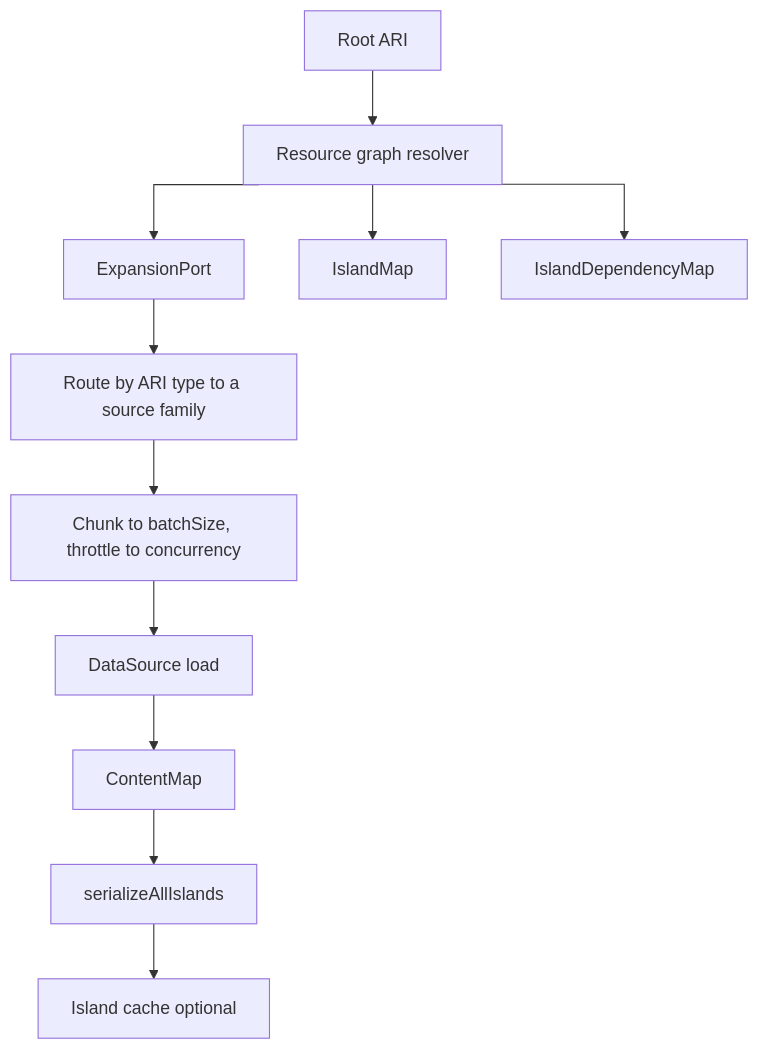
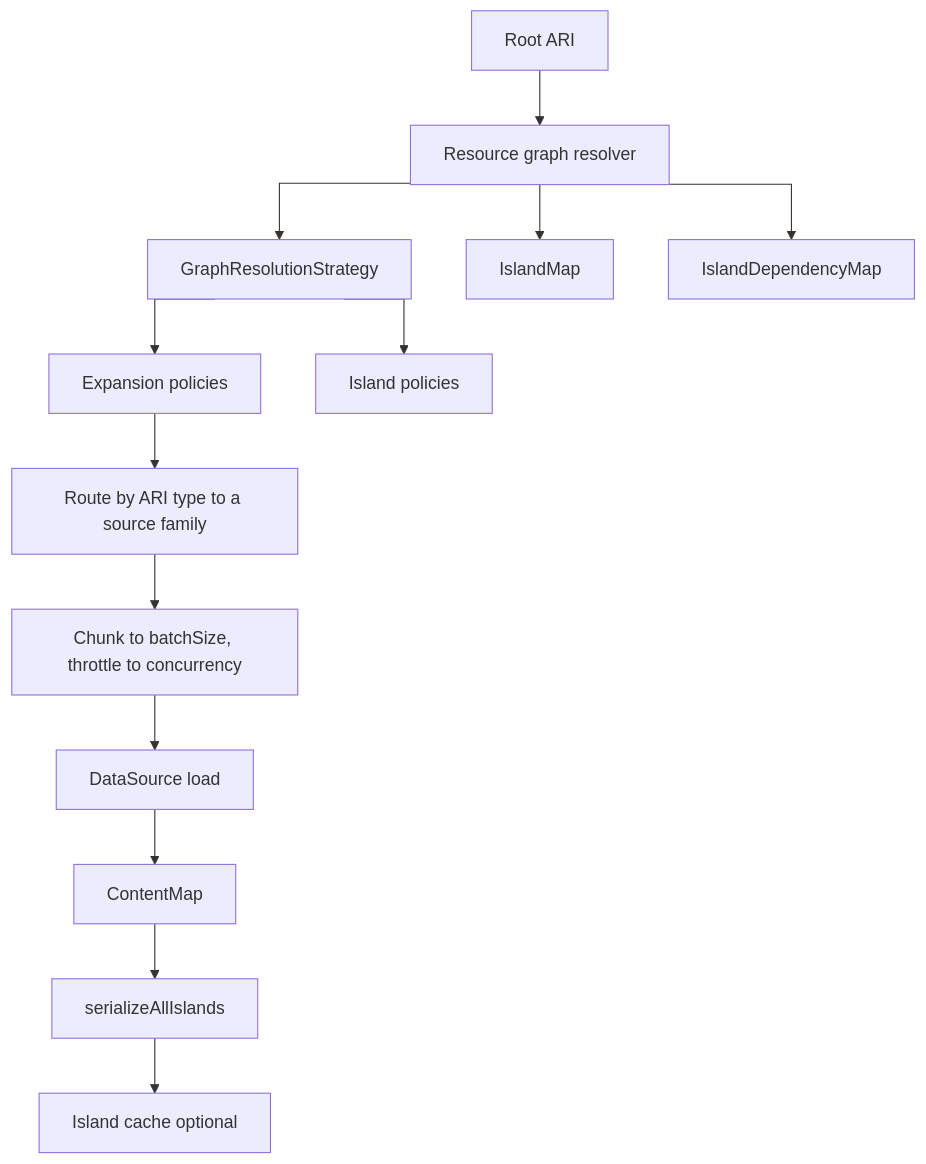
The diagram in apps/xndrjs-documentation/src/content/docs/v0/infrastructure/resource-graph-resolver.md (xndrjs/toolkit), drawn with Mermaid before and after one commit. The commit also changed other lines of this file and 2 other files, not shown here.

First line of the commit message:
docs: align resolver guide and blog with GraphResolutionStrategy API

````diff
--- a/apps/xndrjs-documentation/src/content/docs/v0/infrastructure/resource-graph-resolver.md
+++ b/apps/xndrjs-documentation/src/content/docs/v0/infrastructure/resource-graph-resolver.md
@@ -37,14 +37,16 @@
 ```mermaid
 %%{init: {'flowchart': {'curve': 'stepAfter'}}}%%
 flowchart TD
   root[Root ARI] --> resolver[Resource graph resolver]
-  resolver --> expand[ExpansionPort]
+  resolver --> strategy[GraphResolutionStrategy]
+  strategy --> expand[Expansion policies]
+  strategy --> islandPolicies[Island policies]
   expand --> route[Route by ARI type to a source family]
   route --> batch[Chunk to batchSize, throttle to concurrency]
   batch --> sources[DataSource load]
   sources --> contentMap[ContentMap]
   resolver --> islands[IslandMap]
   resolver --> deps[IslandDependencyMap]
   contentMap --> serialize[serializeAllIslands]
   serialize --> cache[Island cache optional]
 ```
````
